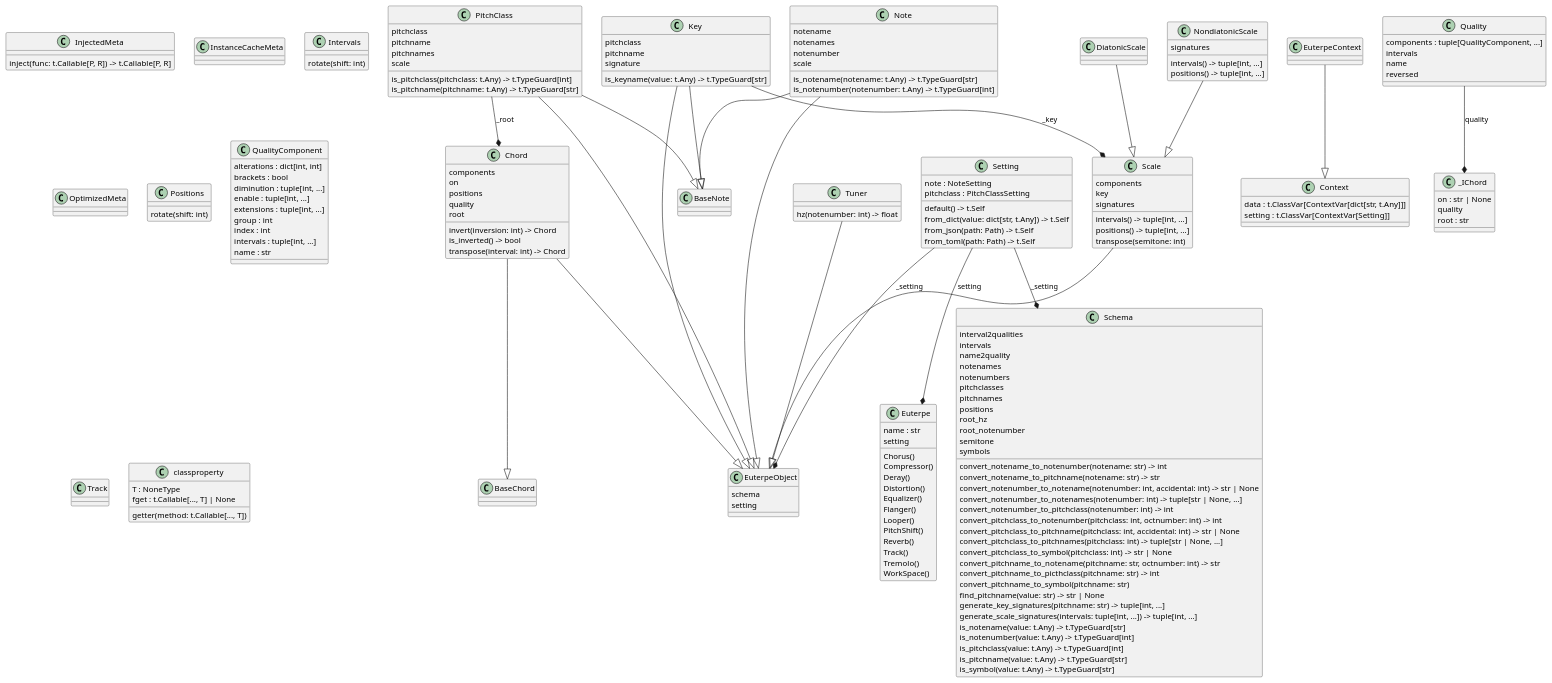
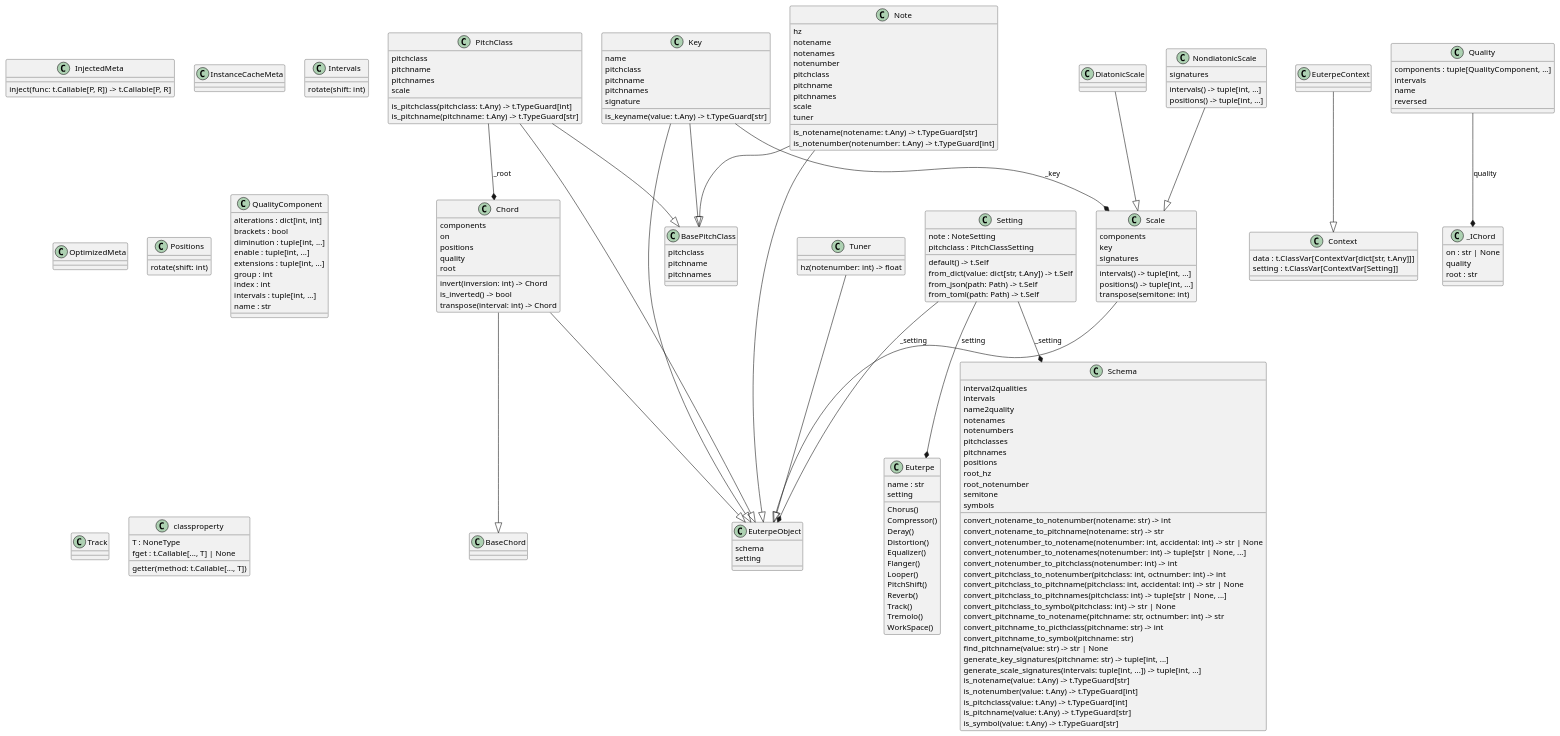
One commit to Oujox/aulos changed the diagram in documents/design/class-diagram/classes.puml. Above: the diagram before and after it, drawn with PlantUML. The commit also changed 8 other files, not shown here.

```diff
--- a/documents/design/class-diagram/classes.puml
+++ b/documents/design/class-diagram/classes.puml
@@ -1,186 +1,196 @@
 @startuml classes
 set namespaceSeparator none
 class "BaseChord" as euterpe.chord._base.BaseChord {
 }
-class "BaseNote" as euterpe.note._base.BaseNote {
+class "BasePitchClass" as euterpe.note._base.BasePitchClass {
+  pitchclass
+  pitchname
+  pitchnames
 }
 class "Chord" as euterpe.chord.chord.Chord {
   components
   on
   positions
   quality
   root
   invert(inversion: int) -> Chord
   is_inverted() -> bool
   transpose(interval: int) -> Chord
 }
 class "Context" as euterpe._core.framework.context.Context {
   data : t.ClassVar[ContextVar[dict[str, t.Any]]]
   setting : t.ClassVar[ContextVar[Setting]]
 }
 class "DiatonicScale" as euterpe.scale.diatonic.DiatonicScale {
 }
 class "Euterpe" as euterpe.utils.euterpe.Euterpe {
   name : str
   setting
   Chorus()
   Compressor()
   Deray()
   Distortion()
   Equalizer()
   Flanger()
   Looper()
   PitchShift()
   Reverb()
   Track()
   Tremolo()
   WorkSpace()
 }
 class "EuterpeContext" as euterpe.utils.context.EuterpeContext {
 }
 class "EuterpeObject" as euterpe._core.object.EuterpeObject {
   schema
   setting
 }
 class "InjectedMeta" as euterpe._core.framework.inject.InjectedMeta {
   inject(func: t.Callable[P, R]) -> t.Callable[P, R]
 }
 class "InstanceCacheMeta" as euterpe._core.framework.instancecache.InstanceCacheMeta {
 }
 class "Intervals" as euterpe._core.utils.interval.Intervals {
   rotate(shift: int)
 }
 class "Key" as euterpe.note.key.Key {
+  name
   pitchclass
   pitchname
+  pitchnames
   signature
   is_keyname(value: t.Any) -> t.TypeGuard[str]
 }
 class "NondiatonicScale" as euterpe.scale.diatonic.NondiatonicScale {
   signatures
   intervals() -> tuple[int, ...]
   positions() -> tuple[int, ...]
 }
 class "Note" as euterpe.note.note.Note {
+  hz
   notename
   notenames
   notenumber
+  pitchclass
+  pitchname
+  pitchnames
   scale
+  tuner
   is_notename(notename: t.Any) -> t.TypeGuard[str]
   is_notenumber(notenumber: t.Any) -> t.TypeGuard[int]
 }
 class "OptimizedMeta" as euterpe._core.framework.optimize.OptimizedMeta {
 }
 class "PitchClass" as euterpe.note.pitchclass.PitchClass {
   pitchclass
   pitchname
   pitchnames
   scale
   is_pitchclass(pitchclass: t.Any) -> t.TypeGuard[int]
   is_pitchname(pitchname: t.Any) -> t.TypeGuard[str]
 }
 class "Positions" as euterpe._core.utils.interval.Positions {
   rotate(shift: int)
 }
 class "Quality" as euterpe.chord.quality.Quality {
   components : tuple[QualityComponent, ...]
   intervals
   name
   reversed
 }
 class "QualityComponent" as euterpe.chord.quality.QualityComponent {
   alterations : dict[int, int]
   brackets : bool
   diminution : tuple[int, ...]
   enable : tuple[int, ...]
   extensions : tuple[int, ...]
   group : int
   index : int
   intervals : tuple[int, ...]
   name : str
 }
 class "Scale" as euterpe.scale.scale.Scale {
   components
   key
   signatures
   intervals() -> tuple[int, ...]
   positions() -> tuple[int, ...]
   transpose(semitone: int)
 }
 class "Schema" as euterpe._core.schema.Schema {
   interval2qualities
   intervals
   name2quality
   notenames
   notenumbers
   pitchclasses
   pitchnames
   positions
   root_hz
   root_notenumber
   semitone
   symbols
   convert_notename_to_notenumber(notename: str) -> int
   convert_notename_to_pitchname(notename: str) -> str
   convert_notenumber_to_notename(notenumber: int, accidental: int) -> str | None
   convert_notenumber_to_notenames(notenumber: int) -> tuple[str | None, ...]
   convert_notenumber_to_pitchclass(notenumber: int) -> int
   convert_pitchclass_to_notenumber(pitchclass: int, octnumber: int) -> int
   convert_pitchclass_to_pitchname(pitchclass: int, accidental: int) -> str | None
   convert_pitchclass_to_pitchnames(pitchclass: int) -> tuple[str | None, ...]
   convert_pitchclass_to_symbol(pitchclass: int) -> str | None
   convert_pitchname_to_notename(pitchname: str, octnumber: int) -> str
   convert_pitchname_to_picthclass(pitchname: str) -> int
   convert_pitchname_to_symbol(pitchname: str)
   find_pitchname(value: str) -> str | None
   generate_key_signatures(pitchname: str) -> tuple[int, ...]
   generate_scale_signatures(intervals: tuple[int, ...]) -> tuple[int, ...]
   is_notename(value: t.Any) -> t.TypeGuard[str]
   is_notenumber(value: t.Any) -> t.TypeGuard[int]
   is_pitchclass(value: t.Any) -> t.TypeGuard[int]
   is_pitchname(value: t.Any) -> t.TypeGuard[str]
   is_symbol(value: t.Any) -> t.TypeGuard[str]
 }
 class "Setting" as euterpe._core.setting.Setting {
   note : NoteSetting
   pitchclass : PitchClassSetting
   default() -> t.Self
   from_dict(value: dict[str, t.Any]) -> t.Self
   from_json(path: Path) -> t.Self
   from_toml(path: Path) -> t.Self
 }
 class "Track" as euterpe.utils.track.Track {
 }
 class "Tuner" as euterpe.tuner.tuner.Tuner {
   hz(notenumber: int) -> float
 }
 class "_IChord" as euterpe.chord.chord._IChord {
   on : str | None
   quality
   root : str
 }
 class "classproperty" as euterpe._core.utils.decorators.classproperty {
   T : NoneType
   fget : t.Callable[..., T] | None
   getter(method: t.Callable[..., T])
 }
 euterpe.chord.chord.Chord --|> euterpe._core.object.EuterpeObject
 euterpe.chord.chord.Chord --|> euterpe.chord._base.BaseChord
 euterpe.note.key.Key --|> euterpe._core.object.EuterpeObject
-euterpe.note.key.Key --|> euterpe.note._base.BaseNote
+euterpe.note.key.Key --|> euterpe.note._base.BasePitchClass
 euterpe.note.note.Note --|> euterpe._core.object.EuterpeObject
-euterpe.note.note.Note --|> euterpe.note._base.BaseNote
+euterpe.note.note.Note --|> euterpe.note._base.BasePitchClass
 euterpe.note.pitchclass.PitchClass --|> euterpe._core.object.EuterpeObject
-euterpe.note.pitchclass.PitchClass --|> euterpe.note._base.BaseNote
+euterpe.note.pitchclass.PitchClass --|> euterpe.note._base.BasePitchClass
 euterpe.scale.diatonic.DiatonicScale --|> euterpe.scale.scale.Scale
 euterpe.scale.diatonic.NondiatonicScale --|> euterpe.scale.scale.Scale
 euterpe.scale.scale.Scale --|> euterpe._core.object.EuterpeObject
 euterpe.tuner.tuner.Tuner --|> euterpe._core.object.EuterpeObject
 euterpe.utils.context.EuterpeContext --|> euterpe._core.framework.context.Context
 euterpe._core.setting.Setting --* euterpe._core.object.EuterpeObject : _setting
 euterpe._core.setting.Setting --* euterpe._core.schema.Schema : _setting
 euterpe._core.setting.Setting --* euterpe.utils.euterpe.Euterpe : setting
 euterpe.chord.quality.Quality --* euterpe.chord.chord._IChord : quality
 euterpe.note.key.Key --* euterpe.scale.scale.Scale : _key
 euterpe.note.pitchclass.PitchClass --* euterpe.chord.chord.Chord : _root
 @enduml
```
